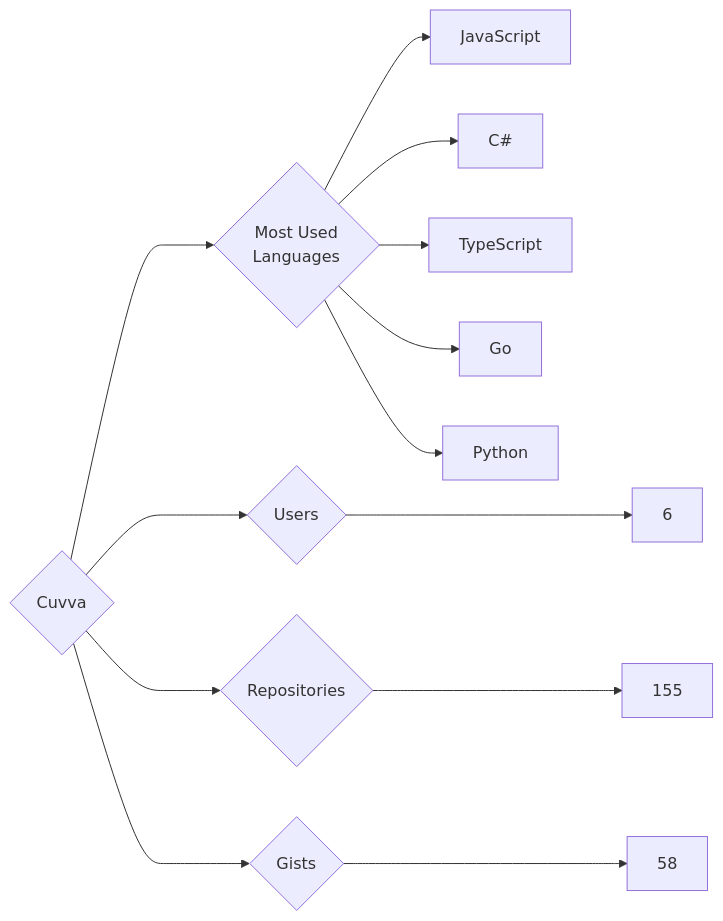
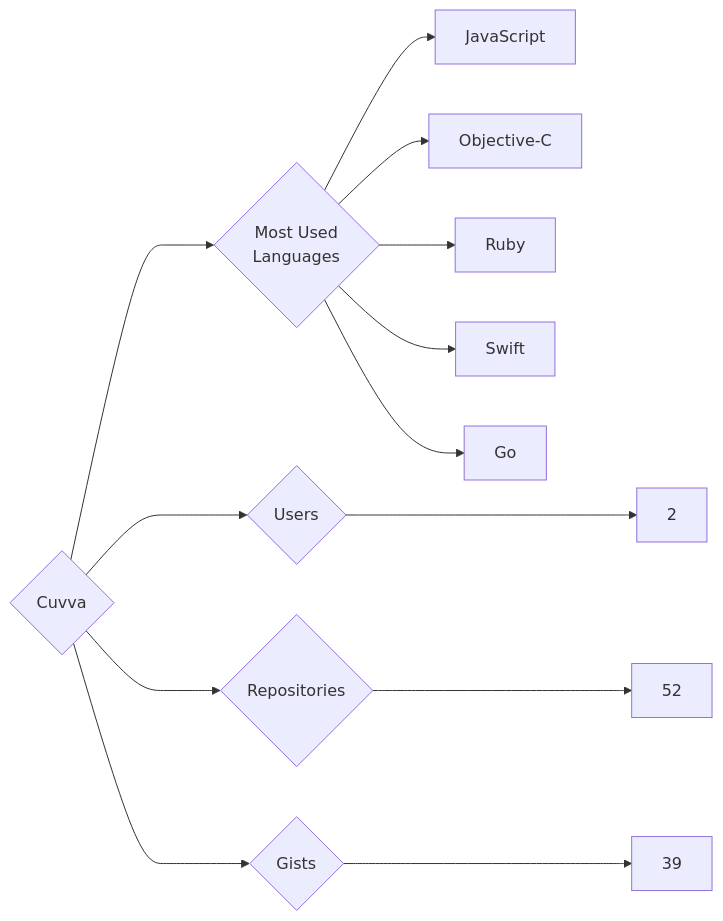
Before and after one commit to trickest/insiders: the diagram in targets/Cuvva/README.md, drawn with Mermaid. The commit also changed 837 other files, not shown here.

````diff
--- a/targets/Cuvva/README.md
+++ b/targets/Cuvva/README.md
@@ -3,13 +3,13 @@
 ```mermaid
 graph LR
 COMPANY_NAME{Cuvva}
-COMPANY_NAME ---> U{Users} ---> UN[6]
-COMPANY_NAME ---> R{Repositories} ---> RN[155]
-COMPANY_NAME ---> G{Gists} ---> GN[58]
+COMPANY_NAME ---> U{Users} ---> UN[2]
+COMPANY_NAME ---> R{Repositories} ---> RN[52]
+COMPANY_NAME ---> G{Gists} ---> GN[39]
 COMPANY_NAME ---> ML{Most Used<br>Languages}
 ML --> JavaScript[JavaScript]
-ML --> C#[C#]
-ML --> TypeScript[TypeScript]
+ML --> Objective-C[Objective-C]
+ML --> Ruby[Ruby]
+ML --> Swift[Swift]
 ML --> Go[Go]
-ML --> Python[Python]
 ```
````
